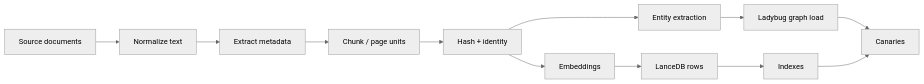
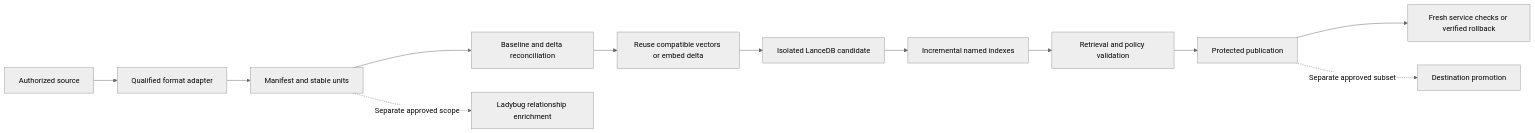
The diagram in docs/build/ingestion-and-corpus.md (ipccheng/NX-Shield-RAG), drawn with Mermaid (neutral theme) before and after one commit. The commit also changed other lines of this file and 3 other files, not shown here.

Commit message:
docs: describe incremental ingestion and publication architecture

````diff
--- a/docs/build/ingestion-and-corpus.md
+++ b/docs/build/ingestion-and-corpus.md
@@ -31,14 +31,14 @@
 ```mermaid
 flowchart LR
-  S[Source documents] --> N[Normalize text]
-  N --> M[Extract metadata]
-  M --> C[Chunk / page units]
-  C --> H[Hash + identity]
-  H --> E[Embeddings]
-  H --> X[Entity extraction]
-  E --> L[LanceDB rows]
-  X --> G[Ladybug graph load]
-  L --> I[Indexes]
-  G --> V[Canaries]
-  I --> V
+  S[Authorized source] --> A[Qualified format adapter]
+  A --> M[Manifest and stable units]
+  M --> D[Baseline and delta reconciliation]
+  D --> E[Reuse compatible vectors or embed delta]
+  E --> L[Isolated LanceDB candidate]
+  L --> I[Incremental named indexes]
+  I --> V[Retrieval and policy validation]
+  V --> P[Protected publication]
+  P --> Q[Fresh service checks or verified rollback]
+  M -. Separate approved scope .-> G[Ladybug relationship enrichment]
+  P -. Separate approved subset .-> T[Destination promotion]
 ```
````
